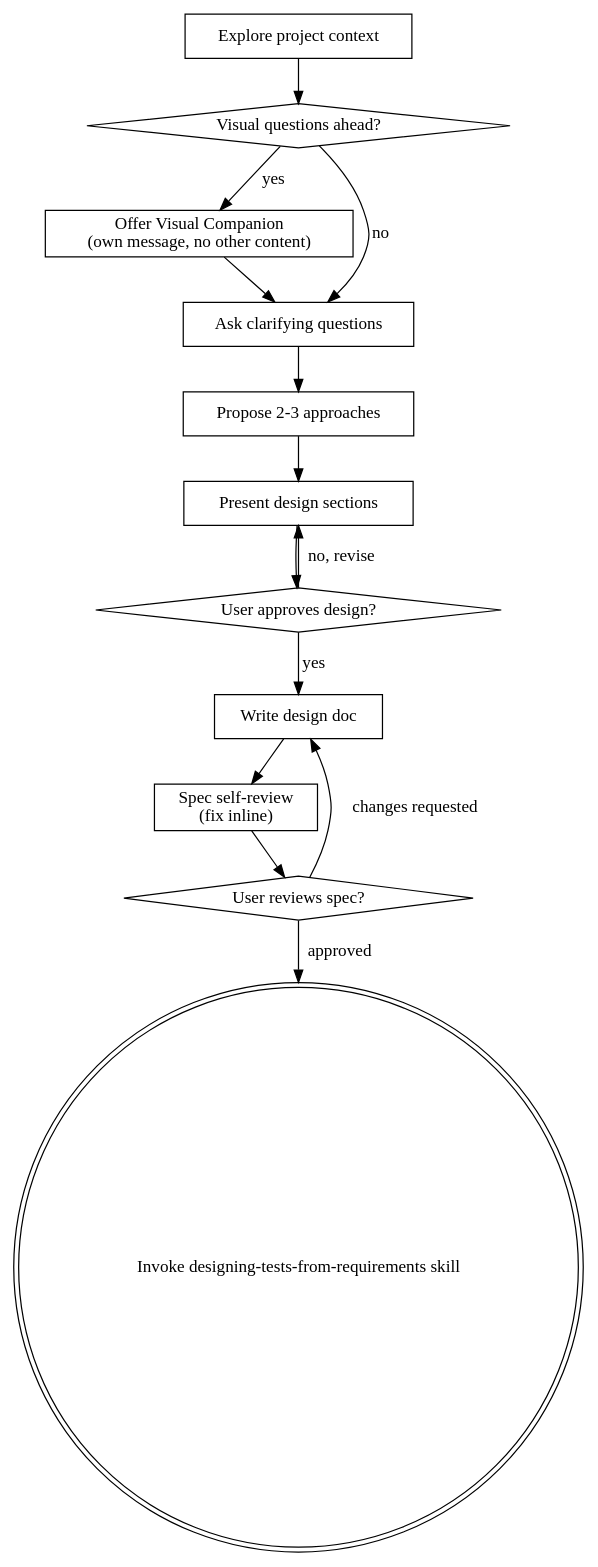
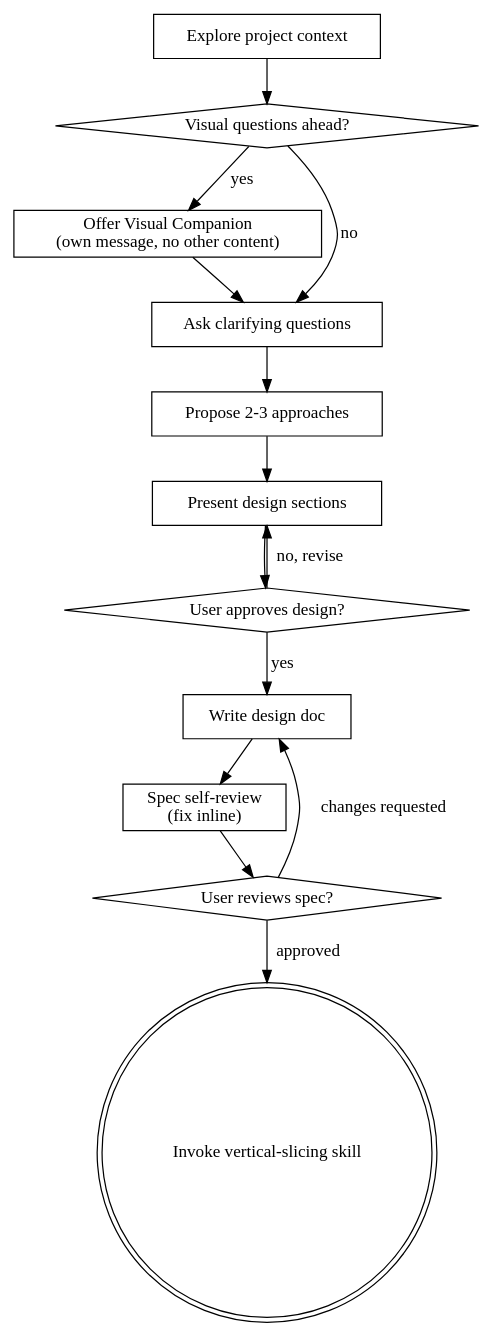
The diagram in .claude/skills/brainstorming/SKILL.md (Haemeok/Capstone-frontend), drawn with Graphviz before and after one commit. The commit also changed other lines of this file and 5 other files, not shown here.

First line of the commit message:
docs(skills): insert vertical-slicing into the requirements→test chain

````diff
--- a/.claude/skills/brainstorming/SKILL.md
+++ b/.claude/skills/brainstorming/SKILL.md
@@ -38,29 +38,29 @@
 ```dot
 digraph brainstorming {
     "Explore project context" [shape=box];
     "Visual questions ahead?" [shape=diamond];
     "Offer Visual Companion\n(own message, no other content)" [shape=box];
     "Ask clarifying questions" [shape=box];
     "Propose 2-3 approaches" [shape=box];
     "Present design sections" [shape=box];
     "User approves design?" [shape=diamond];
     "Write design doc" [shape=box];
     "Spec self-review\n(fix inline)" [shape=box];
     "User reviews spec?" [shape=diamond];
-    "Invoke designing-tests-from-requirements skill" [shape=doublecircle];
+    "Invoke vertical-slicing skill" [shape=doublecircle];
 
     "Explore project context" -> "Visual questions ahead?";
     "Visual questions ahead?" -> "Offer Visual Companion\n(own message, no other content)" [label="yes"];
     "Visual questions ahead?" -> "Ask clarifying questions" [label="no"];
     "Offer Visual Companion\n(own message, no other content)" -> "Ask clarifying questions";
     "Ask clarifying questions" -> "Propose 2-3 approaches";
     "Propose 2-3 approaches" -> "Present design sections";
     "Present design sections" -> "User approves design?";
     "User approves design?" -> "Present design sections" [label="no, revise"];
     "User approves design?" -> "Write design doc" [label="yes"];
     "Write design doc" -> "Spec self-review\n(fix inline)";
     "Spec self-review\n(fix inline)" -> "User reviews spec?";
     "User reviews spec?" -> "Write design doc" [label="changes requested"];
-    "User reviews spec?" -> "Invoke designing-tests-from-requirements skill" [label="approved"];
+    "User reviews spec?" -> "Invoke vertical-slicing skill" [label="approved"];
 }
 ```
````
